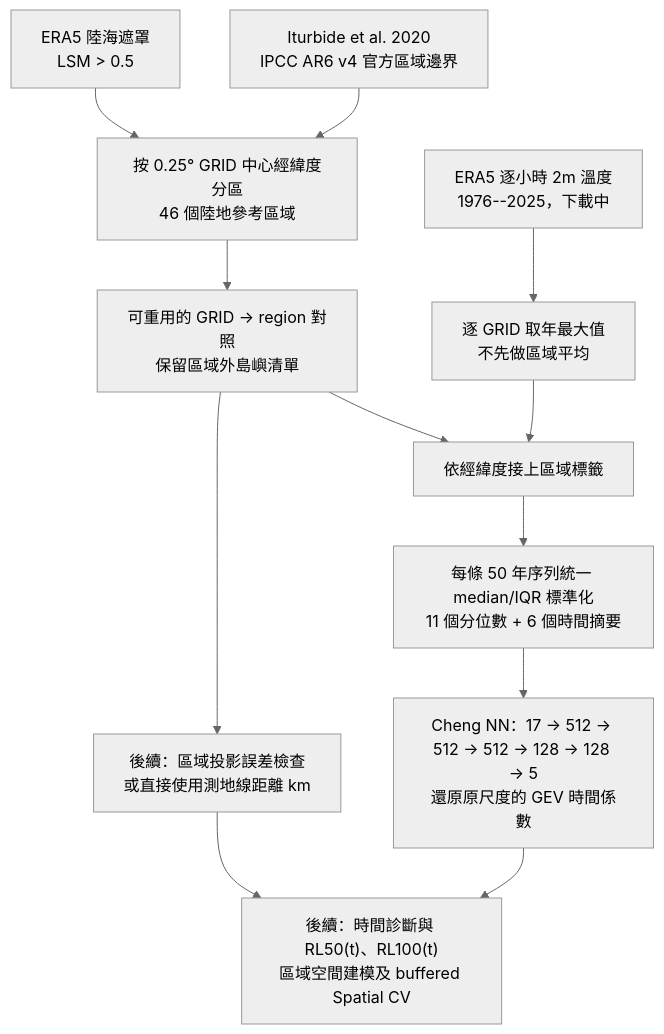
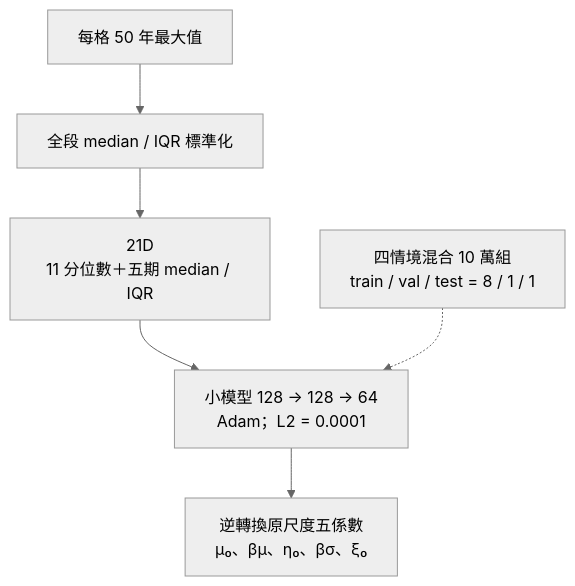
One commit to shu-ming0808/gev-use-nn changed the second of 5 diagrams in README.md. Above: the diagram before and after it, drawn with Mermaid (neutral theme). The commit also changed other lines of this file and 52 other files, not shown here.

````diff
--- a/README.md
+++ b/README.md
@@ -33,14 +103,8 @@
-```mermaid
+~~~mermaid
 flowchart TD
-    R["Iturbide et al. 2020<br/>IPCC AR6 v4 官方區域邊界"] --> J["按 0.25° GRID 中心經緯度分區<br/>46 個陸地參考區域"]
-    L["ERA5 陸海遮罩<br/>LSM > 0.5"] --> J
-    J --> K["可重用的 GRID → region 對照<br/>保留區域外島嶼清單"]
-    A["ERA5 逐小時 2m 溫度<br/>1976--2025，下載中"] --> B["逐 GRID 取年最大值<br/>不先做區域平均"]
-    K --> C["依經緯度接上區域標籤"]
-    B --> C
-    C --> D["每條 50 年序列統一 median/IQR 標準化<br/>11 個分位數 + 6 個時間摘要"]
-    D --> E["Cheng NN：17 → 512 → 512 → 512 → 128 → 128 → 5<br/>還原原尺度的 GEV 時間係數"]
-    E --> F["後續：時間診斷與 RL50(t)、RL100(t)<br/>區域空間建模及 buffered Spatial CV"]
-    K --> G["後續：區域投影誤差檢查<br/>或直接使用測地線距離 km"]
-    G --> F
-```
+    A["每格 50 年最大值"] --> B["全段 median / IQR 標準化"]
+    B --> C["21D<br/>11 分位數＋五期 median / IQR"]
+    C --> D["小模型 128 → 128 → 64<br/>Adam；L2 = 0.0001"]
+    S["四情境混合 10 萬組<br/>train / val / test = 8 / 1 / 1"] -.-> D
+    D --> E["逆轉換原尺度五係數<br/>μ₀、βμ、η₀、βσ、ξ₀"]
+~~~
````
